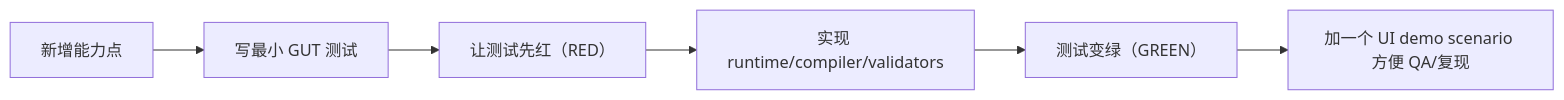
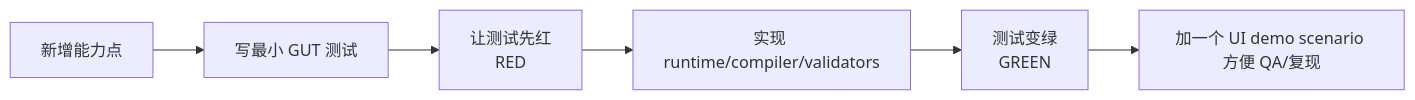
One commit to jbts6/godot-buff-by-trae changed the diagram in addons/omnibuff/tutorial/07_debug_and_extend.md. Above: the diagram before and after it, drawn with Mermaid. The commit also changed other lines of this file and 4 other files, not shown here.

Commit message:
fix(tutorial): make remaining mermaid blocks parseable

````diff
--- a/addons/omnibuff/tutorial/07_debug_and_extend.md
+++ b/addons/omnibuff/tutorial/07_debug_and_extend.md
@@ -53,8 +53,8 @@
 ```mermaid
 flowchart LR
   A[新增能力点] --> B[写最小 GUT 测试]
-  B --> C[让测试先红（RED）]
+  B --> C["让测试先红<br/>RED"]
   C --> D[实现 runtime/compiler/validators]
-  D --> E[测试变绿（GREEN）]
+  D --> E["测试变绿<br/>GREEN"]
   E --> F[加一个 UI demo scenario 方便 QA/复现]
 ```
````
